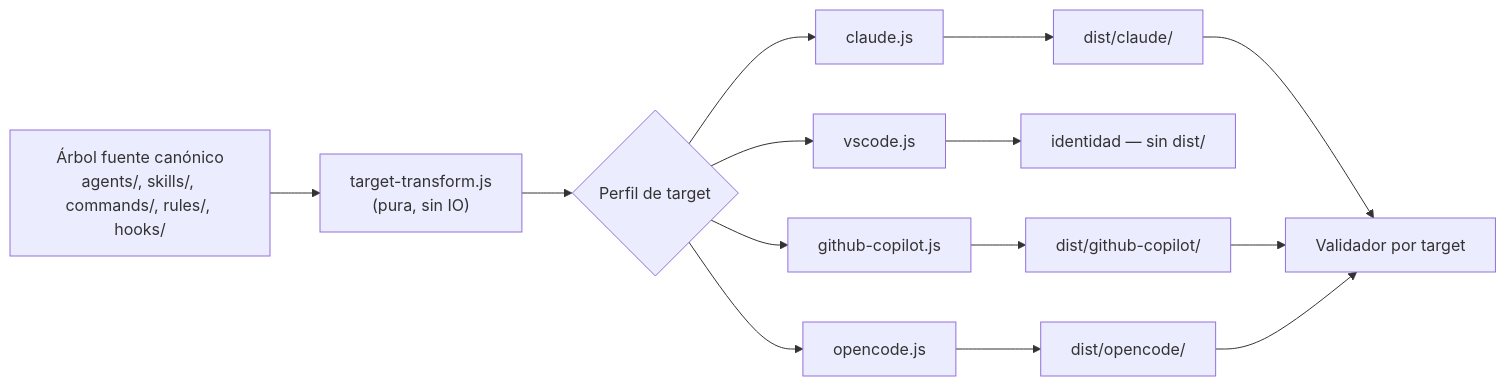
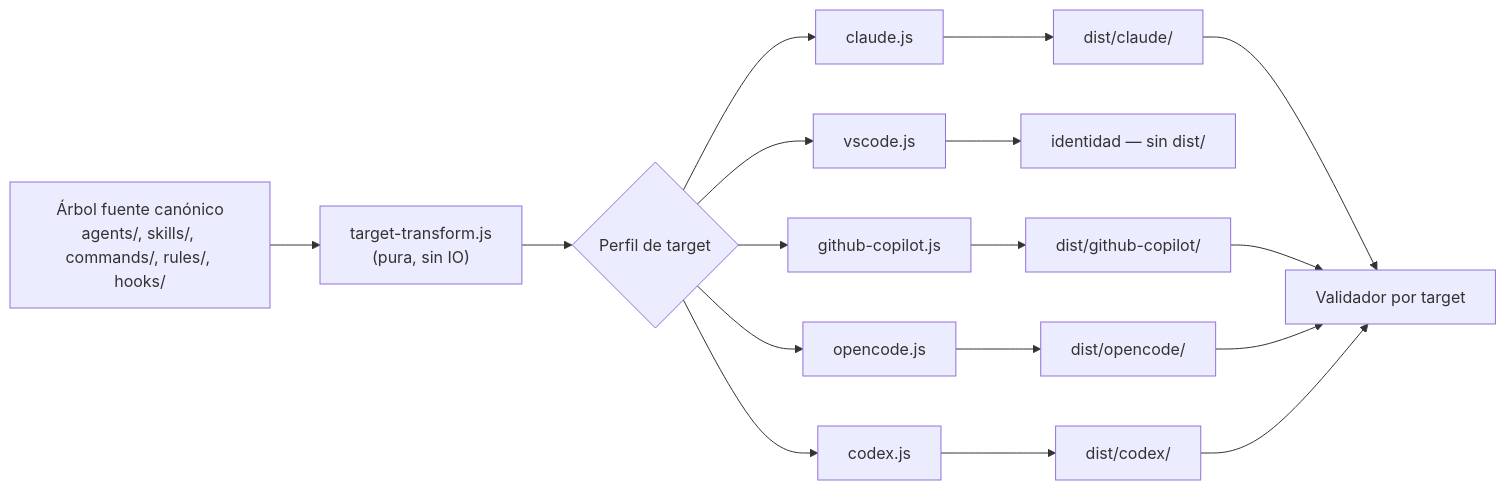
The diagram in openwiki/architecture/overview.md (Snakeblack/ospec-workflow), drawn with Mermaid before and after one commit. The commit also changed other lines of this file and 5 other files, not shown here.

````diff
--- a/openwiki/architecture/overview.md
+++ b/openwiki/architecture/overview.md
@@ -24,16 +26,19 @@
 ```mermaid
 flowchart LR
     A["Árbol fuente canónico\nagents/, skills/, commands/, rules/, hooks/"] --> B["target-transform.js\n(pura, sin IO)"]
     B --> C{Perfil de target}
     C --> D[claude.js]
     C --> E[vscode.js]
     C --> F[github-copilot.js]
     C --> G[opencode.js]
-    D --> H["dist/claude/"]
-    E --> I["identidad — sin dist/"]
-    F --> J["dist/github-copilot/"]
-    G --> K["dist/opencode/"]
-    H --> L[Validador por target]
-    J --> L
-    K --> L
+    C --> H[codex.js]
+    D --> I["dist/claude/"]
+    E --> J["identidad — sin dist/"]
+    F --> K["dist/github-copilot/"]
+    G --> L["dist/opencode/"]
+    H --> M["dist/codex/"]
+    I --> N[Validador por target]
+    K --> N
+    L --> N
+    M --> N
 ```
````
